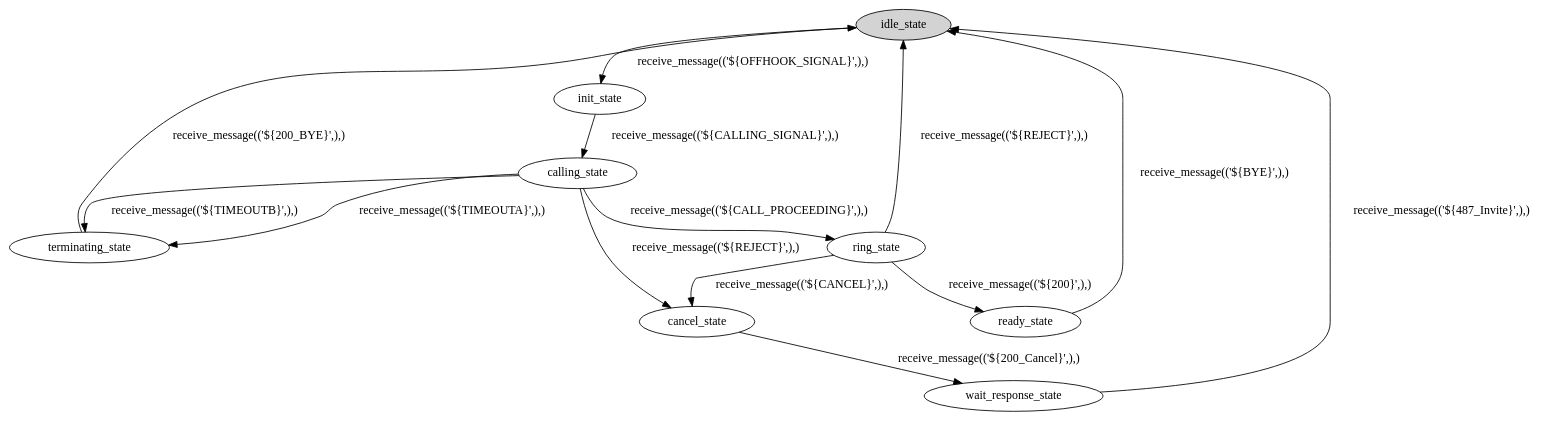
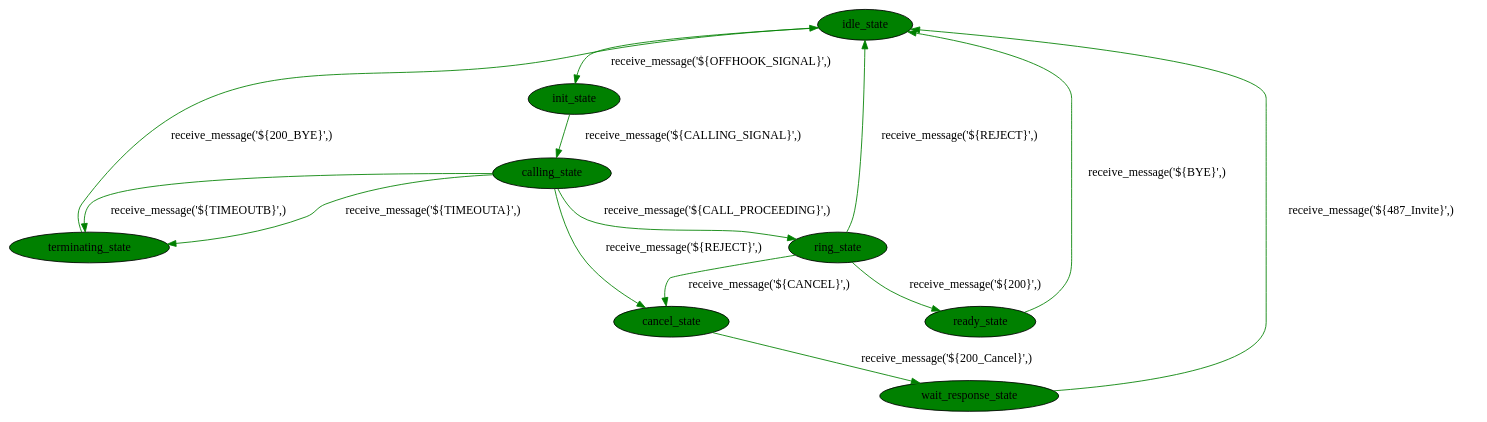
Before and after one commit to blueenergy/robogenerator: the diagram in src/robogenerator/example/SIPCallService/SIP_Call_Service.dot, drawn with Graphviz. The commit also changed 5 other files, not shown here.

Commit message:
support to draw dynamic graph when generating cases

```diff
--- a/src/robogenerator/example/SIPCallService/SIP_Call_Service.dot
+++ b/src/robogenerator/example/SIPCallService/SIP_Call_Service.dot
@@ -1,27 +1,27 @@
 digraph SIP_Call_Service {
 
   // Nodes
-  idle_state [ style=filled, shape=ellipse, peripheries=1, fillcolor=lightgray ]
-  terminating_state [ style=filled, shape=ellipse, peripheries=1, fillcolor=white ]
-  ready_state [ style=filled, shape=ellipse, peripheries=1, fillcolor=white ]
-  ring_state [ style=filled, shape=ellipse, peripheries=1, fillcolor=white ]
-  cancel_state [ style=filled, shape=ellipse, peripheries=1, fillcolor=white ]
-  init_state [ style=filled, shape=ellipse, peripheries=1, fillcolor=white ]
-  calling_state [ style=filled, shape=ellipse, peripheries=1, fillcolor=white ]
-  wait_response_state [ style=filled, shape=ellipse, peripheries=1, fillcolor=white ]
+  idle_state [ style=filled, shape=ellipse, peripheries=1, fillcolor=green ]
+  terminating_state [ style=filled, shape=ellipse, peripheries=1, fillcolor=green ]
+  ready_state [ style=filled, shape=ellipse, peripheries=1, fillcolor=green ]
+  ring_state [ style=filled, shape=ellipse, peripheries=1, fillcolor=green ]
+  cancel_state [ style=filled, shape=ellipse, peripheries=1, fillcolor=green ]
+  init_state [ style=filled, shape=ellipse, peripheries=1, fillcolor=green ]
+  calling_state [ style=filled, shape=ellipse, peripheries=1, fillcolor=green ]
+  wait_response_state [ style=filled, shape=ellipse, peripheries=1, fillcolor=green ]
 
   // Transitions
-  idle_state -> init_state [ label="receive_message(('${OFFHOOK_SIGNAL}',),)", tooltip="receive_message(('${OFFHOOK_SIGNAL}',),)" ]
-  init_state -> calling_state [ label="receive_message(('${CALLING_SIGNAL}',),)", tooltip="receive_message(('${CALLING_SIGNAL}',),)" ]
-  calling_state -> terminating_state [ label="receive_message(('${TIMEOUTB}',),)", tooltip="receive_message(('${TIMEOUTB}',),)" ]
-  calling_state -> terminating_state [ label="receive_message(('${TIMEOUTA}',),)", tooltip="receive_message(('${TIMEOUTA}',),)" ]
-  calling_state -> ring_state [ label="receive_message(('${CALL_PROCEEDING}',),)", tooltip="receive_message(('${CALL_PROCEEDING}',),)" ]
-  calling_state -> cancel_state [ label="receive_message(('${REJECT}',),)", tooltip="receive_message(('${REJECT}',),)" ]
-  terminating_state -> idle_state [ label="receive_message(('${200_BYE}',),)", tooltip="receive_message(('${200_BYE}',),)" ]
-  cancel_state -> wait_response_state [ label="receive_message(('${200_Cancel}',),)", tooltip="receive_message(('${200_Cancel}',),)" ]
-  ring_state -> ready_state [ label="receive_message(('${200}',),)", tooltip="receive_message(('${200}',),)" ]
-  ring_state -> idle_state [ label="receive_message(('${REJECT}',),)", tooltip="receive_message(('${REJECT}',),)" ]
-  ring_state -> cancel_state [ label="receive_message(('${CANCEL}',),)", tooltip="receive_message(('${CANCEL}',),)" ]
-  ready_state -> idle_state [ label="receive_message(('${BYE}',),)", tooltip="receive_message(('${BYE}',),)" ]
-  wait_response_state -> idle_state [ label="receive_message(('${487_Invite}',),)", tooltip="receive_message(('${487_Invite}',),)" ]
+  idle_state -> init_state [ label="receive_message('${OFFHOOK_SIGNAL}',)", tooltip="receive_message('${OFFHOOK_SIGNAL}',)",color="green"]
+  init_state -> calling_state [ label="receive_message('${CALLING_SIGNAL}',)", tooltip="receive_message('${CALLING_SIGNAL}',)",color="green"]
+  calling_state -> terminating_state [ label="receive_message('${TIMEOUTB}',)", tooltip="receive_message('${TIMEOUTB}',)",color="green"]
+  calling_state -> terminating_state [ label="receive_message('${TIMEOUTA}',)", tooltip="receive_message('${TIMEOUTA}',)",color="green"]
+  calling_state -> ring_state [ label="receive_message('${CALL_PROCEEDING}',)", tooltip="receive_message('${CALL_PROCEEDING}',)",color="green"]
+  calling_state -> cancel_state [ label="receive_message('${REJECT}',)", tooltip="receive_message('${REJECT}',)",color="green"]
+  terminating_state -> idle_state [ label="receive_message('${200_BYE}',)", tooltip="receive_message('${200_BYE}',)",color="green"]
+  cancel_state -> wait_response_state [ label="receive_message('${200_Cancel}',)", tooltip="receive_message('${200_Cancel}',)",color="green"]
+  ring_state -> ready_state [ label="receive_message('${200}',)", tooltip="receive_message('${200}',)",color="green"]
+  ring_state -> idle_state [ label="receive_message('${REJECT}',)", tooltip="receive_message('${REJECT}',)",color="green"]
+  ring_state -> cancel_state [ label="receive_message('${CANCEL}',)", tooltip="receive_message('${CANCEL}',)",color="green"]
+  ready_state -> idle_state [ label="receive_message('${BYE}',)", tooltip="receive_message('${BYE}',)",color="green"]
+  wait_response_state -> idle_state [ label="receive_message('${487_Invite}',)", tooltip="receive_message('${487_Invite}',)",color="green"]
 }
```
